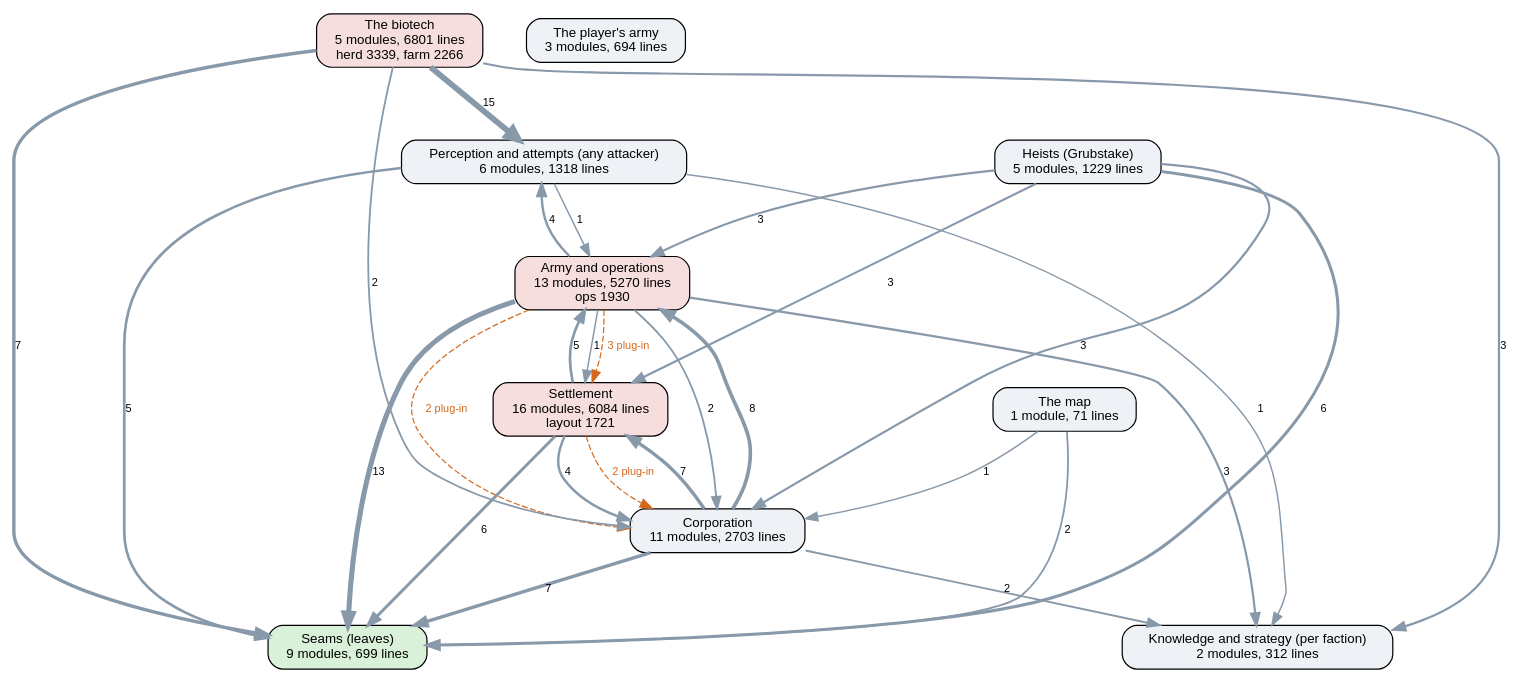
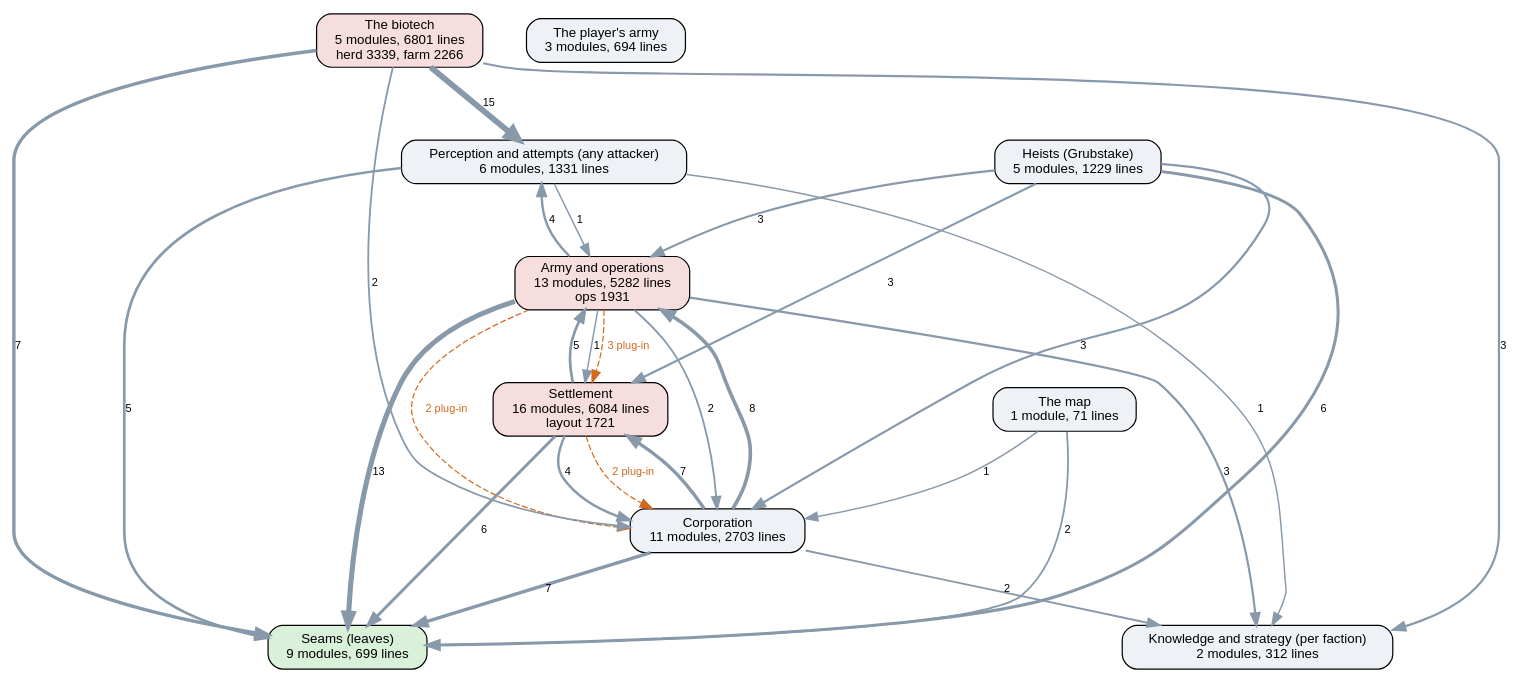
The diagram in docs/ai-layers.dot (kinelhu/landing-party), drawn with Graphviz before and after one commit. The commit also changed 11 other files, not shown here.

```diff
--- a/docs/ai-layers.dot
+++ b/docs/ai-layers.dot
@@ -1,43 +1,43 @@
 digraph layers {
   graph [rankdir=TB, fontname="Helvetica", nodesep=0.5, ranksep=0.7];
   node [shape=box, style="rounded,filled", fontname="Helvetica", fontsize=11, fillcolor="#eef2f7"];
   edge [color="#8899aa", fontname="Helvetica", fontsize=9];
   "Seams (leaves)" [label="Seams (leaves)\n9 modules, 699 lines", fillcolor="#d9f0d9"];
-  "Perception and attempts (any attacker)" [label="Perception and attempts (any attacker)\n6 modules, 1318 lines", fillcolor="#eef2f7"];
+  "Perception and attempts (any attacker)" [label="Perception and attempts (any attacker)\n6 modules, 1331 lines", fillcolor="#eef2f7"];
   "Knowledge and strategy (per faction)" [label="Knowledge and strategy (per faction)\n2 modules, 312 lines", fillcolor="#eef2f7"];
   "Corporation" [label="Corporation\n11 modules, 2703 lines", fillcolor="#eef2f7"];
   "Settlement" [label="Settlement\n16 modules, 6084 lines\nlayout 1721", fillcolor="#f7dede"];
-  "Army and operations" [label="Army and operations\n13 modules, 5270 lines\nops 1930", fillcolor="#f7dede"];
+  "Army and operations" [label="Army and operations\n13 modules, 5282 lines\nops 1931", fillcolor="#f7dede"];
   "Heists (Grubstake)" [label="Heists (Grubstake)\n5 modules, 1229 lines", fillcolor="#eef2f7"];
   "The biotech" [label="The biotech\n5 modules, 6801 lines\nherd 3339, farm 2266", fillcolor="#f7dede"];
   "The map" [label="The map\n1 module, 71 lines", fillcolor="#eef2f7"];
   "The player's army" [label="The player's army\n3 modules, 694 lines", fillcolor="#eef2f7"];
   "Army and operations" -> "Corporation" [label="2", penwidth=1.5];
   "Army and operations" -> "Knowledge and strategy (per faction)" [label="3", penwidth=1.8];
   "Army and operations" -> "Perception and attempts (any attacker)" [label="4", penwidth=2.0];
   "Army and operations" -> "Seams (leaves)" [label="13", penwidth=4.2];
   "Army and operations" -> "Settlement" [label="1", penwidth=1.2];
   "Corporation" -> "Army and operations" [label="8", penwidth=3.0];
   "Corporation" -> "Knowledge and strategy (per faction)" [label="2", penwidth=1.5];
   "Corporation" -> "Seams (leaves)" [label="7", penwidth=2.8];
   "Corporation" -> "Settlement" [label="7", penwidth=2.8];
   "Heists (Grubstake)" -> "Army and operations" [label="3", penwidth=1.8];
   "Heists (Grubstake)" -> "Corporation" [label="3", penwidth=1.8];
   "Heists (Grubstake)" -> "Seams (leaves)" [label="6", penwidth=2.5];
   "Heists (Grubstake)" -> "Settlement" [label="3", penwidth=1.8];
   "Perception and attempts (any attacker)" -> "Army and operations" [label="1", penwidth=1.2];
   "Perception and attempts (any attacker)" -> "Knowledge and strategy (per faction)" [label="1", penwidth=1.2];
   "Perception and attempts (any attacker)" -> "Seams (leaves)" [label="5", penwidth=2.2];
   "Settlement" -> "Army and operations" [label="5", penwidth=2.2];
   "Settlement" -> "Corporation" [label="4", penwidth=2.0];
   "Settlement" -> "Seams (leaves)" [label="6", penwidth=2.5];
   "The biotech" -> "Corporation" [label="2", penwidth=1.5];
   "The biotech" -> "Knowledge and strategy (per faction)" [label="3", penwidth=1.8];
   "The biotech" -> "Perception and attempts (any attacker)" [label="15", penwidth=4.8];
   "The biotech" -> "Seams (leaves)" [label="7", penwidth=2.8];
   "The map" -> "Corporation" [label="1", penwidth=1.2];
   "The map" -> "Seams (leaves)" [label="2", penwidth=1.5];
   "Army and operations" -> "Corporation" [style=dashed, color="#d2691e", fontcolor="#d2691e", label="2 plug-in"];
   "Army and operations" -> "Settlement" [style=dashed, color="#d2691e", fontcolor="#d2691e", label="3 plug-in"];
   "Settlement" -> "Corporation" [style=dashed, color="#d2691e", fontcolor="#d2691e", label="2 plug-in"];
 }
```
